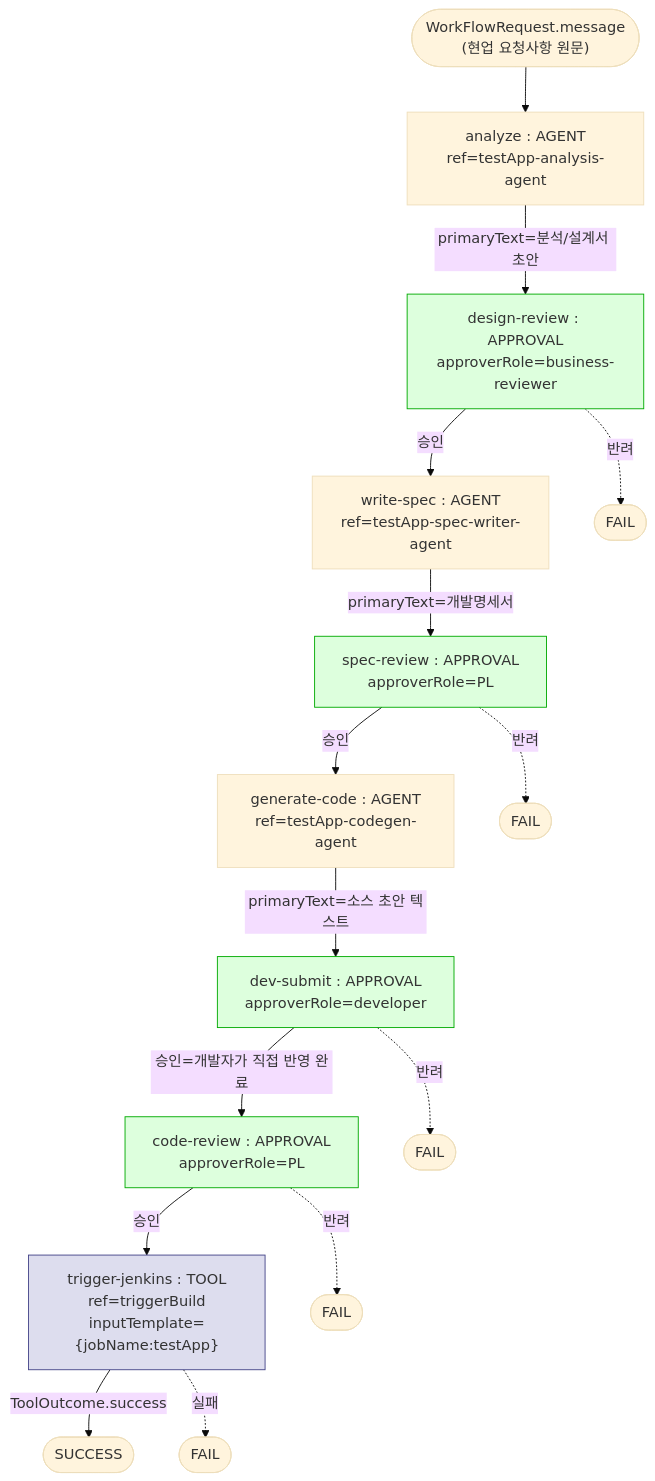
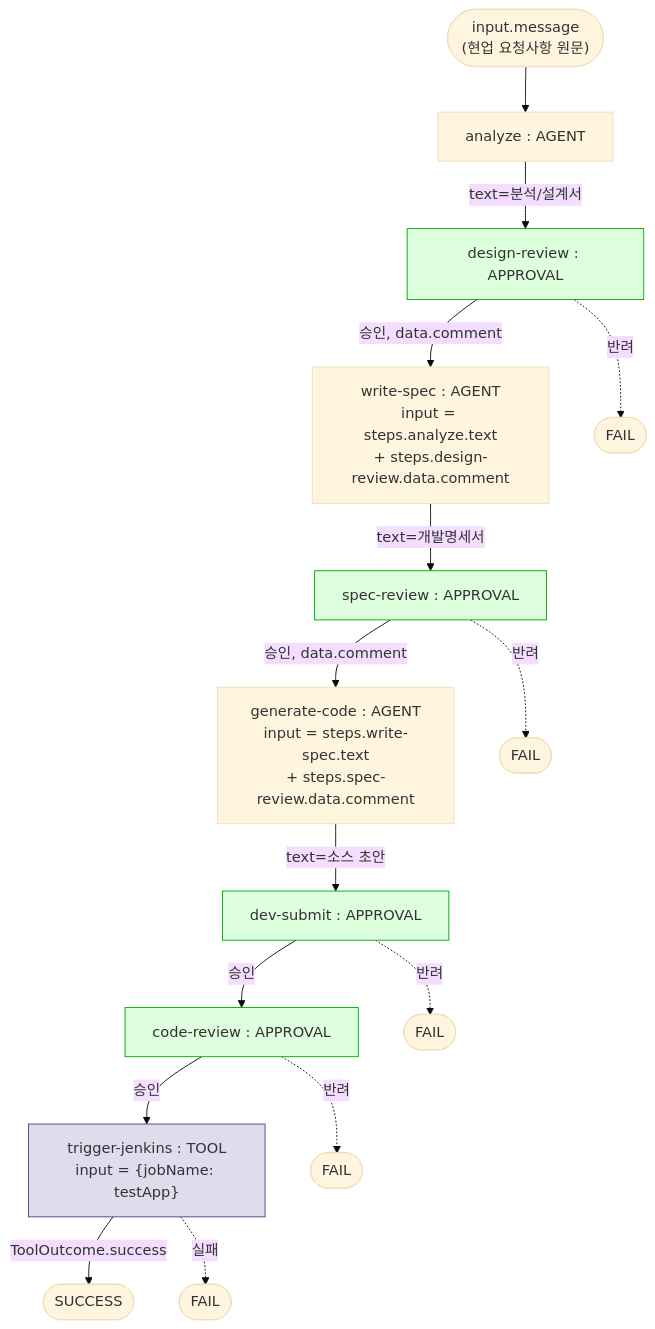
The ninth of 9 diagrams in docs/09.dstone-ai-engine.md (YongSoekChoeng/dstone), drawn with Mermaid (base theme) before and after one commit. The commit also changed other lines of this file and 56 other files, not shown here.

````diff
--- a/docs/09.dstone-ai-engine.md
+++ b/docs/09.dstone-ai-engine.md
@@ -723,23 +656,23 @@
 ```mermaid
 flowchart TD
-    IN(["WorkFlowRequest.message\n(현업 요청사항 원문)"]) --> A1
-    A1["analyze : AGENT\nref=testApp-analysis-agent"] -->|primaryText=분석/설계서 초안| P1
-    P1["design-review : APPROVAL\napproverRole=business-reviewer"] -->|승인| A2
+    IN(["input.message\n(현업 요청사항 원문)"]) --> A1
+    A1["analyze : AGENT"] -->|text=분석/설계서| P1
+    P1["design-review : APPROVAL"] -->|승인, data.comment| A2
     P1 -.반려.-> FAIL1(["FAIL"])
-    A2["write-spec : AGENT\nref=testApp-spec-writer-agent"] -->|primaryText=개발명세서| P2
-    P2["spec-review : APPROVAL\napproverRole=PL"] -->|승인| A3
+    A2["write-spec : AGENT\ninput = steps.analyze.text\n+ steps.design-review.data.comment"] -->|text=개발명세서| P2
+    P2["spec-review : APPROVAL"] -->|승인, data.comment| A3
     P2 -.반려.-> FAIL2(["FAIL"])
-    A3["generate-code : AGENT\nref=testApp-codegen-agent"] -->|primaryText=소스 초안 텍스트| P3
-    P3["dev-submit : APPROVAL\napproverRole=developer"] -->|승인=개발자가 직접 반영 완료| P4
+    A3["generate-code : AGENT\ninput = steps.write-spec.text\n+ steps.spec-review.data.comment"] -->|text=소스 초안| P3
+    P3["dev-submit : APPROVAL"] -->|승인| P4
     P3 -.반려.-> FAIL3(["FAIL"])
-    P4["code-review : APPROVAL\napproverRole=PL"] -->|승인| T1
+    P4["code-review : APPROVAL"] -->|승인| T1
     P4 -.반려.-> FAIL4(["FAIL"])
-    T1["trigger-jenkins : TOOL\nref=triggerBuild\ninputTemplate={jobName:testApp}"] -->|ToolOutcome.success| SUCCESS(["SUCCESS"])
+    T1["trigger-jenkins : TOOL\ninput = {jobName: testApp}"] -->|ToolOutcome.success| SUCCESS(["SUCCESS"])
     T1 -.실패.-> FAIL5(["FAIL"])
 
     style P1 fill:#dfd,stroke:#0a0
     style P2 fill:#dfd,stroke:#0a0
     style P3 fill:#dfd,stroke:#0a0
     style P4 fill:#dfd,stroke:#0a0
     style T1 fill:#dde,stroke:#448
 ```
````
